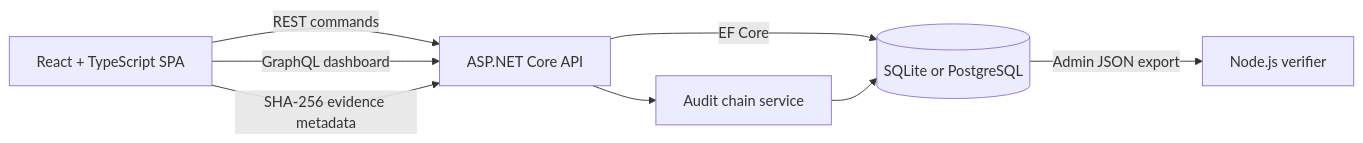
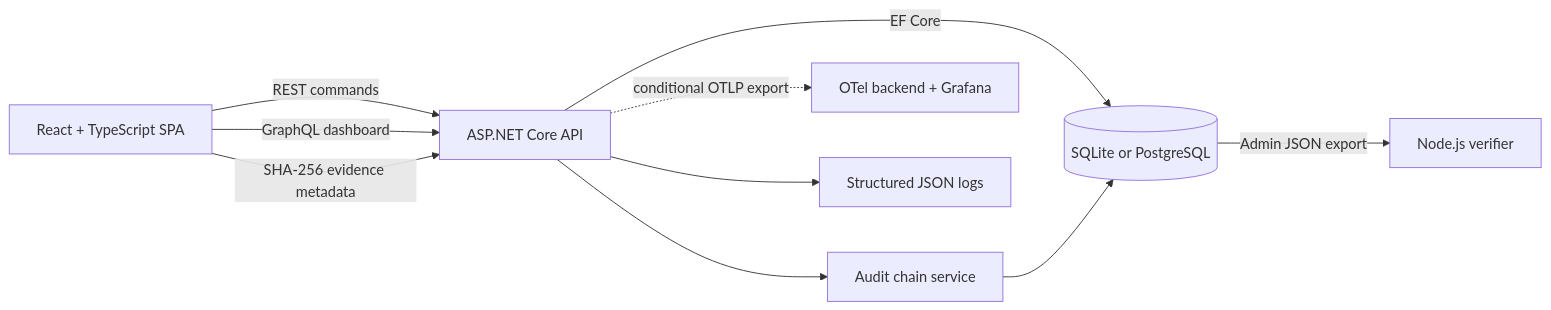
Before and after one commit to MarvelousJade/CaseLedger: the diagram in README.md, drawn with Mermaid. The commit also changed other lines of this file and 2 other files, not shown here.

````diff
--- a/README.md
+++ b/README.md
@@ -69,16 +75,20 @@
 ```mermaid
 flowchart LR
     Browser[React + TypeScript SPA]
     API[ASP.NET Core API]
     Audit[Audit chain service]
     Data[(SQLite or PostgreSQL)]
     Verify[Node.js verifier]
+    Observability[OTel backend + Grafana]
+    Logs[Structured JSON logs]
 
     Browser -->|REST commands| API
     Browser -->|GraphQL dashboard| API
     Browser -->|SHA-256 evidence metadata| API
     API --> Audit
     API -->|EF Core| Data
     Audit --> Data
     Data -->|Admin JSON export| Verify
+    API -. conditional OTLP export .-> Observability
+    API --> Logs
 ```
````
